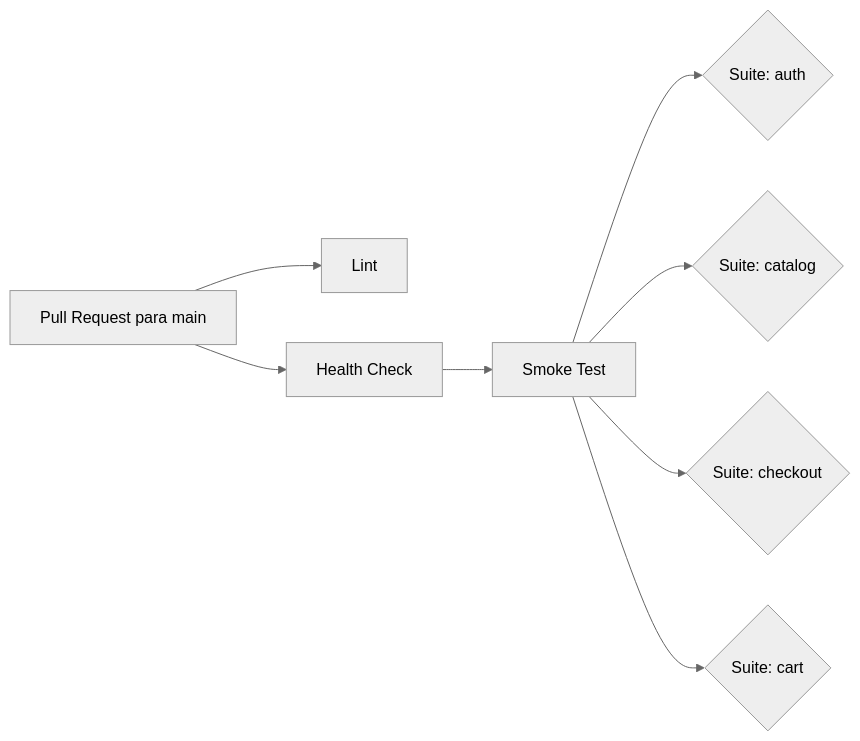
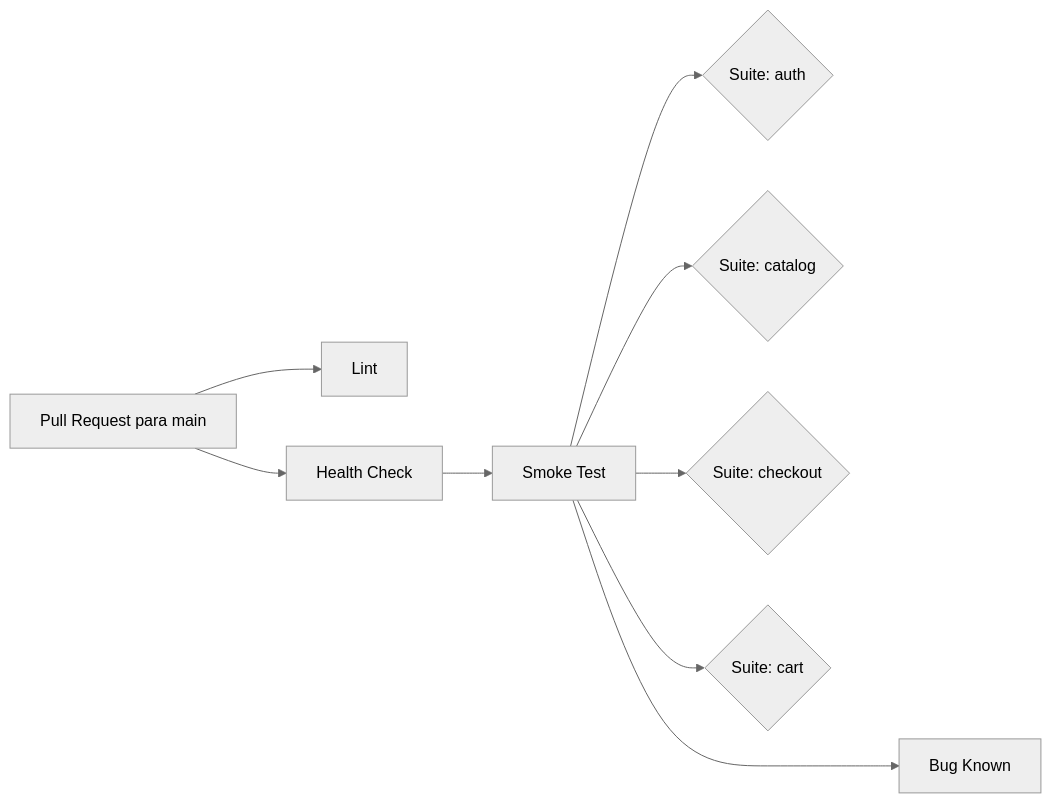
One commit to danielavescia/sauce-demo changed the diagram in README.md. Above: the diagram before and after it, drawn with Mermaid (neutral theme). The commit also changed other lines of this file, not shown here.

Commit message:
docs: add documentation for known bugs and update workflow to include Bug Known job

````diff
--- a/README.md
+++ b/README.md
@@ -160,10 +160,11 @@
 ```mermaid
 graph LR
     A[Pull Request para main] --> B[Lint]
     A --> C[Health Check]
     C --> D[Smoke Test]
     D --> E{Suite: auth}
     D --> F{Suite: catalog}
     D --> G{Suite: checkout}
     D --> H{Suite: cart}
+    D ---> I[Bug Known]
 ```
````
